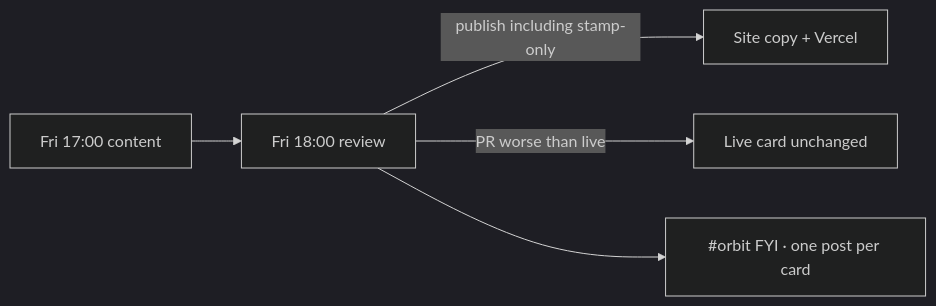
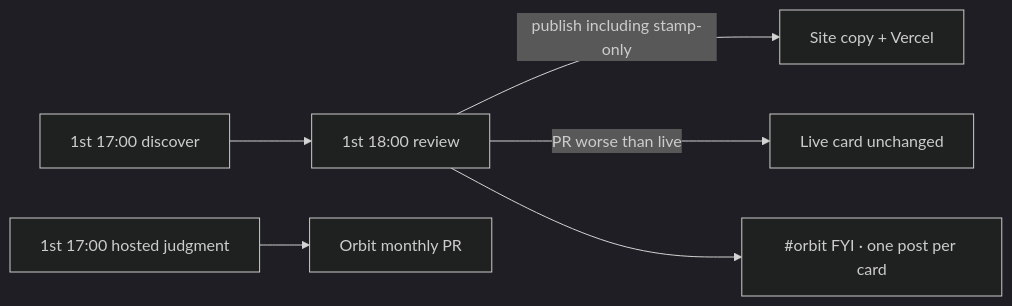
One commit to AlexTouvras/Orbit changed the diagram in docs/architecture/field-card-approve.md. Above: the diagram before and after it, drawn with Mermaid (dark theme). The commit also changed other lines of this file and 17 other files, not shown here.

First line of the commit message:
fix(field-cards): run discovery monthly with review

````diff
--- a/docs/architecture/field-card-approve.md
+++ b/docs/architecture/field-card-approve.md
@@ -27,7 +29,8 @@
 ```mermaid
 flowchart LR
-  Author[Fri 17:00 content] --> Review[Fri 18:00 review]
+  Author[1st 17:00 discover] --> Review[1st 18:00 review]
+  Hosted[1st 17:00 hosted judgment] --> OrbitPR[Orbit monthly PR]
   Review -->|publish including stamp-only| Live[Site copy + Vercel]
   Review -->|PR worse than live| Stay[Live card unchanged]
   Review --> Slack["#orbit FYI · one post per card"]
 ```
````
